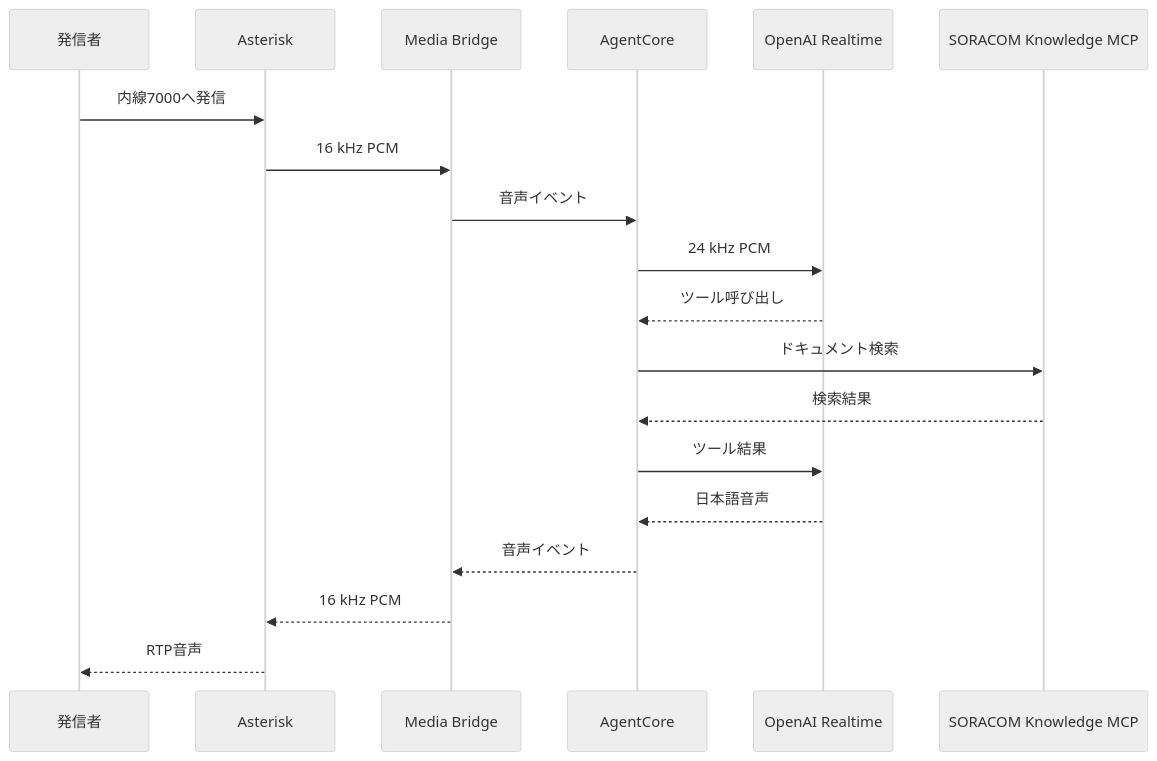
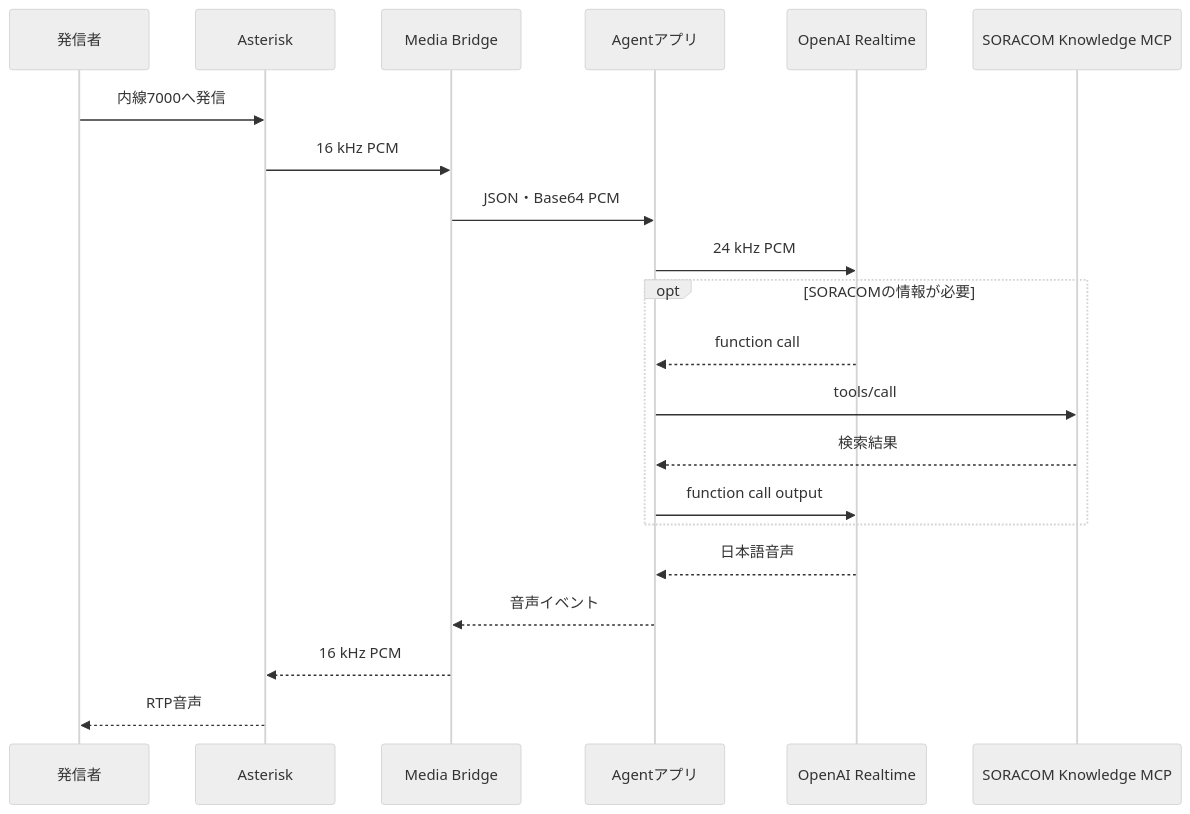
One commit to takao2704/public-zenn-docs changed the second of 3 diagrams in articles/asterisk-agentcore-realtime-architecture.md. Above: the diagram before and after it, drawn with Mermaid (neutral theme). The commit also changed other lines of this file and 3 other files, not shown here.

Commit message:
Publish voice agent architecture articles

````diff
--- a/articles/asterisk-agentcore-realtime-architecture.md
+++ b/articles/asterisk-agentcore-realtime-architecture.md
@@ -68,22 +102,24 @@
 ```mermaid
 sequenceDiagram
   participant Caller as 発信者
   participant PBX as Asterisk
   participant Bridge as Media Bridge
-  participant Runtime as AgentCore
+  participant Agent as Agentアプリ
   participant AI as OpenAI Realtime
   participant MCP as SORACOM Knowledge MCP
 
   Caller->>PBX: 内線7000へ発信
   PBX->>Bridge: 16 kHz PCM
-  Bridge->>Runtime: 音声イベント
-  Runtime->>AI: 24 kHz PCM
-  AI-->>Runtime: ツール呼び出し
-  Runtime->>MCP: ドキュメント検索
-  MCP-->>Runtime: 検索結果
-  Runtime->>AI: ツール結果
-  AI-->>Runtime: 日本語音声
-  Runtime-->>Bridge: 音声イベント
+  Bridge->>Agent: JSON・Base64 PCM
+  Agent->>AI: 24 kHz PCM
+  opt SORACOMの情報が必要
+    AI-->>Agent: function call
+    Agent->>MCP: tools/call
+    MCP-->>Agent: 検索結果
+    Agent->>AI: function call output
+  end
+  AI-->>Agent: 日本語音声
+  Agent-->>Bridge: 音声イベント
   Bridge-->>PBX: 16 kHz PCM
   PBX-->>Caller: RTP音声
 ```
````
